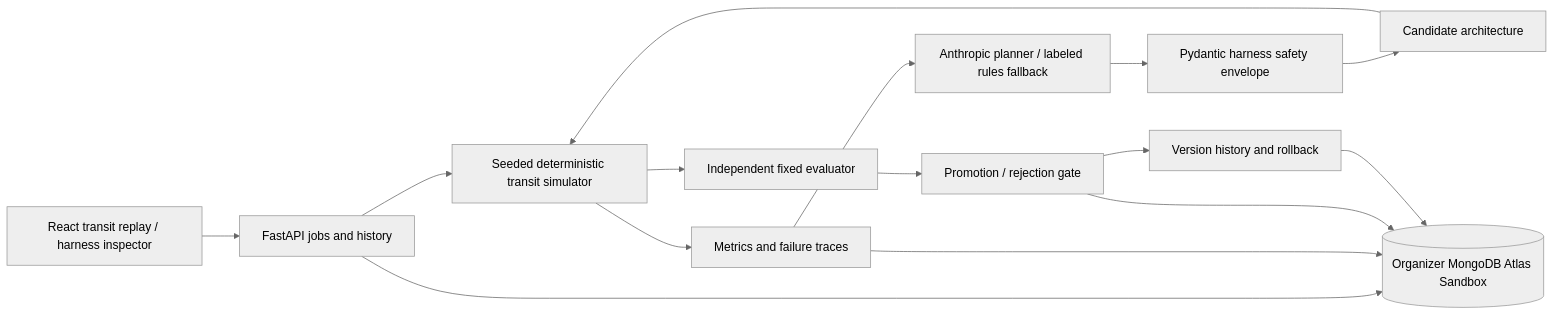
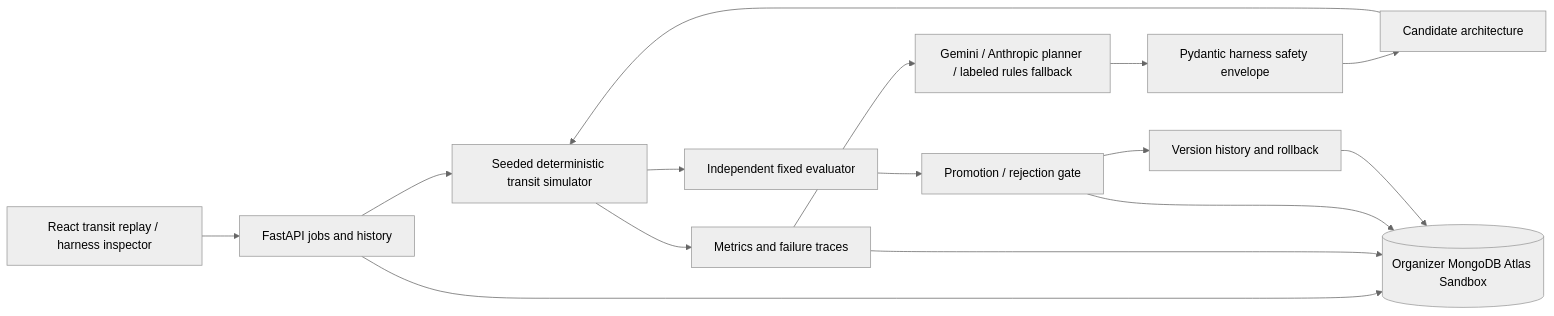
Before and after one commit to jin-dalrae/bayflow: the diagram in README.md, drawn with Mermaid (neutral theme). The commit also changed other lines of this file and 39 other files, not shown here.

````diff
--- a/README.md
+++ b/README.md
@@ -62,17 +66,17 @@
 ```mermaid
 flowchart LR
     UI[React transit replay / harness inspector] --> API[FastAPI jobs and history]
     API --> SIM[Seeded deterministic transit simulator]
     SIM --> TRACES[Metrics and failure traces]
-    TRACES --> PLANNER[Anthropic planner / labeled rules fallback]
+    TRACES --> PLANNER[Gemini / Anthropic planner / labeled rules fallback]
     PLANNER --> SCHEMA[Pydantic harness safety envelope]
     SCHEMA --> CANDIDATE[Candidate architecture]
     CANDIDATE --> SIM
     SIM --> EVAL[Independent fixed evaluator]
     EVAL --> GATE[Promotion / rejection gate]
     GATE --> VERSION[Version history and rollback]
     API --> ATLAS[(Organizer MongoDB Atlas Sandbox)]
     TRACES --> ATLAS
     GATE --> ATLAS
     VERSION --> ATLAS
 ```
````
